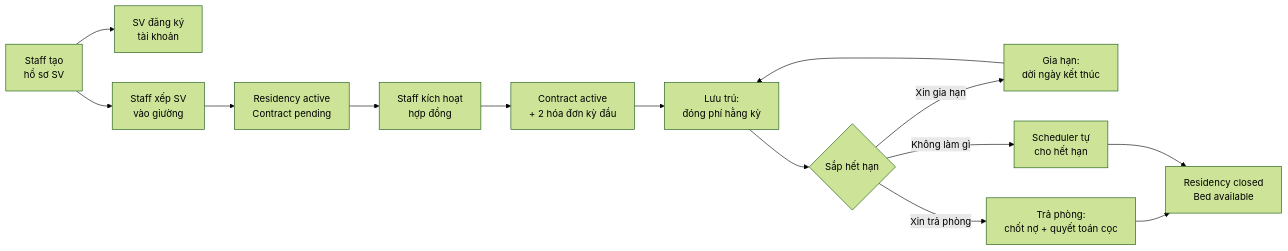
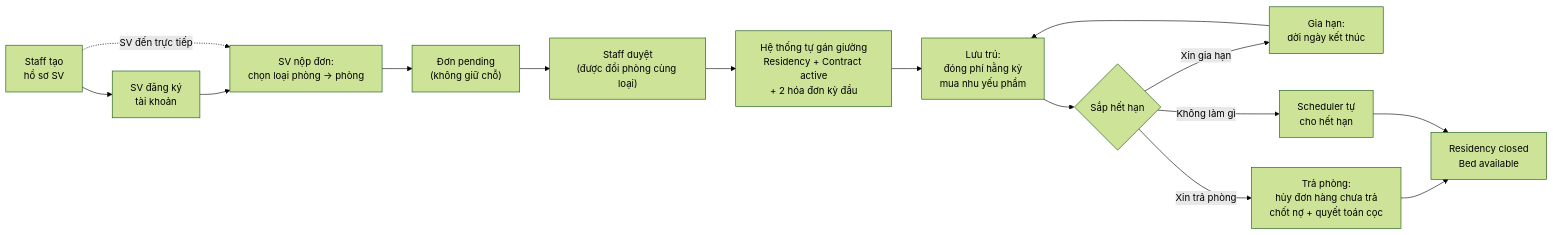
Before and after one commit to NguyenMinh205/FE_QuanLyKTX: the second of 14 diagrams in docs/03-PHAN-TICH-NGHIEP-VU.md, drawn with Mermaid (forest theme). The commit also changed other lines of this file and 33 other files, not shown here.

````diff
--- a/docs/03-PHAN-TICH-NGHIEP-VU.md
+++ b/docs/03-PHAN-TICH-NGHIEP-VU.md
@@ -34,16 +43,17 @@
 ```mermaid
 flowchart LR
     A["Staff tạo<br/>hồ sơ SV"] --> B["SV đăng ký<br/>tài khoản"]
-    A --> C["Staff xếp SV<br/>vào giường"]
-    C --> D["Residency active<br/>Contract pending"]
-    D --> E["Staff kích hoạt<br/>hợp đồng"]
-    E --> F["Contract active<br/>+ 2 hóa đơn kỳ đầu"]
-    F --> G["Lưu trú:<br/>đóng phí hằng kỳ"]
+    B --> C["SV nộp đơn:<br/>chọn loại phòng → phòng"]
+    A -.->|"SV đến trực tiếp"| C
+    C --> D["Đơn pending<br/>(không giữ chỗ)"]
+    D --> E["Staff duyệt<br/>(được đổi phòng cùng loại)"]
+    E --> F["Hệ thống tự gán giường<br/>Residency + Contract active<br/>+ 2 hóa đơn kỳ đầu"]
+    F --> G["Lưu trú:<br/>đóng phí hằng kỳ<br/>mua nhu yếu phẩm"]
     G --> H{"Sắp hết hạn"}
     H -->|"Xin gia hạn"| I["Gia hạn:<br/>dời ngày kết thúc"]
     I --> G
-    H -->|"Xin trả phòng"| J["Trả phòng:<br/>chốt nợ + quyết toán cọc"]
+    H -->|"Xin trả phòng"| J["Trả phòng:<br/>hủy đơn hàng chưa trả<br/>chốt nợ + quyết toán cọc"]
     H -->|"Không làm gì"| K["Scheduler tự<br/>cho hết hạn"]
     J --> L["Residency closed<br/>Bed available"]
     K --> L
 ```
````
